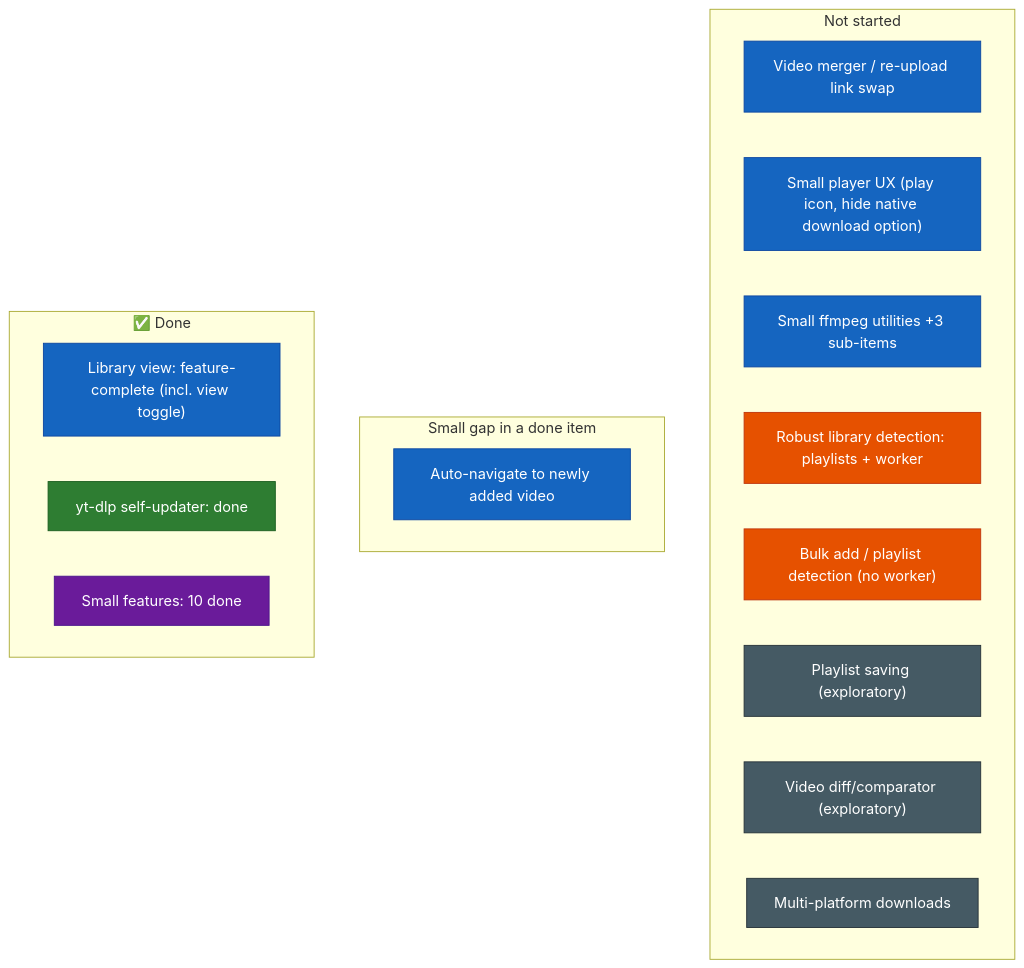
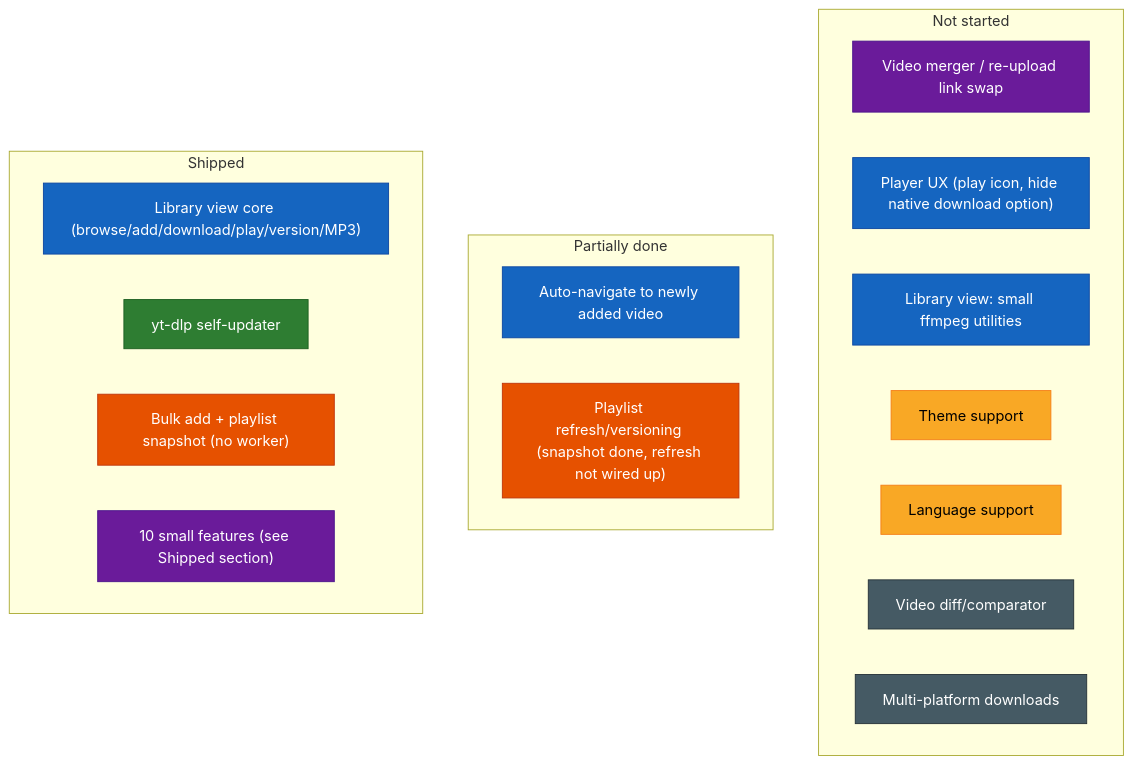
Before and after one commit to SlothSoftworks/Sloth-Archiver: the diagram in futureSpecsFeedback.md, drawn with Mermaid. The commit also changed other lines of this file and 3 other files, not shown here.

````diff
--- a/futureSpecsFeedback.md
+++ b/futureSpecsFeedback.md
@@ -32,40 +37,43 @@
 ```mermaid
 flowchart LR
     classDef library fill:#1565c0,stroke:#0d47a1,color:#fff
     classDef updater fill:#2e7d32,stroke:#1b5e20,color:#fff
     classDef playlist fill:#e65100,stroke:#bf360c,color:#fff
     classDef smallfeat fill:#6a1b9a,stroke:#4a148c,color:#fff
+    classDef qol fill:#f9a825,stroke:#f57f17,color:#000
     classDef longshot fill:#455a64,stroke:#263238,color:#fff
 
-    subgraph DONE["✅ Done"]
+    subgraph DONE["Shipped"]
         direction LR
-        d1["Library view: feature-complete (incl. view toggle)"]
-        d2["yt-dlp self-updater: done"]
-        d3["Small features: 10 done"]
+        d1["Library view core (browse/add/download/play/version/MP3)"]
+        d2["yt-dlp self-updater"]
+        d3["Bulk add + playlist snapshot (no worker)"]
+        d4["10 small features (see Shipped section)"]
     end
 
-    subgraph PARTIAL["Small gap in a done item"]
+    subgraph PARTIAL["Partially done"]
         direction LR
         p1["Auto-navigate to newly added video"]
+        p2["Playlist refresh/versioning (snapshot done, refresh not wired up)"]
     end
 
     subgraph TODO["Not started"]
         direction LR
         t1["Video merger / re-upload link swap"]
-        t2["Small player UX (play icon, hide native download option)"]
-        t3["Small ffmpeg utilities +3 sub-items"]
-        t4["Robust library detection: playlists + worker"]
-        t5["Bulk add / playlist detection (no worker)"]
-        t6["Playlist saving (exploratory)"]
-        t7["Video diff/comparator (exploratory)"]
+        t2["Player UX (play icon, hide native download option)"]
+        t3["Library view: small ffmpeg utilities"]
+        t5["Theme support"]
+        t6["Language support"]
+        t7["Video diff/comparator"]
         t8["Multi-platform downloads"]
     end
 
     DONE ~~~ PARTIAL ~~~ TODO
 
-    class d1,p1,t1,t2,t3 library
+    class d1,p1,t2,t3 library
     class d2 updater
-    class t4,t5 playlist
-    class d3 smallfeat
-    class t6,t7,t8 longshot
+    class d3,p2 playlist
+    class d4,t1 smallfeat
+    class t5,t6 qol
+    class t7,t8 longshot
 ```
````
